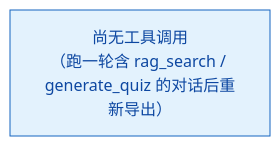
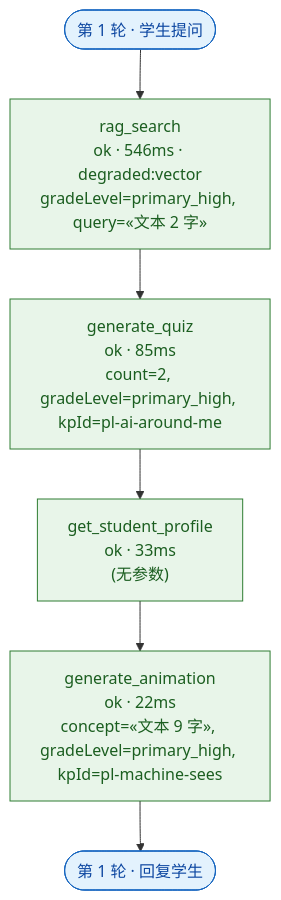
The diagram in docs/tool-trace.md (IceFireIcer/K12AgentProject), drawn with Mermaid before and after one commit. The commit also changed other lines of this file and 37 other files, not shown here.

````diff
--- a/docs/tool-trace.md
+++ b/docs/tool-trace.md
@@ -11,11 +11,16 @@
 ```mermaid
 flowchart TD
   %% 由 desktop/src/main/agent/trace.ts 自动生成，请勿手改
-  %% 生成时间：2026-09-16T09:46:33.697Z｜轮数：0｜调用：0 次
+  %% 生成时间：2026-09-16T19:39:53.944Z｜轮数：1｜调用：4 次
   %% 参数只记摘要（不含原文 / 密钥 / 学生个人信息）
   classDef turn fill:#e3f2fd,stroke:#1565c0,stroke-width:1px,color:#0d47a1
   classDef ok fill:#e8f5e9,stroke:#2e7d32,stroke-width:1px,color:#1b5e20
   classDef fail fill:#ffebee,stroke:#c62828,stroke-width:1px,color:#b71c1c
   classDef blocked fill:#fff8e1,stroke:#f9a825,stroke-width:1px,color:#795548
-  EMPTY["尚无工具调用<br/>（跑一轮含 rag_search / generate_quiz 的对话后重新导出）"]:::turn
+  T1_START(["第 1 轮 · 学生提问"]):::turn
+  T1_START --> T1_C_1["rag_search<br/>ok · 546ms · degraded:vector<br/>gradeLevel=primary_high, query=«文本 2 字»"]:::ok
+  T1_C_1 --> T1_C_2["generate_quiz<br/>ok · 85ms<br/>count=2, gradeLevel=primary_high, kpId=pl-ai-around-me"]:::ok
+  T1_C_2 --> T1_C_3["get_student_profile<br/>ok · 33ms<br/>#40;无参数#41;"]:::ok
+  T1_C_3 --> T1_C_4["generate_animation<br/>ok · 22ms<br/>concept=«文本 9 字», gradeLevel=primary_high, kpId=pl-machine-sees"]:::ok
+  T1_C_4 --> T1_END(["第 1 轮 · 回复学生"]):::turn
 ```
````
